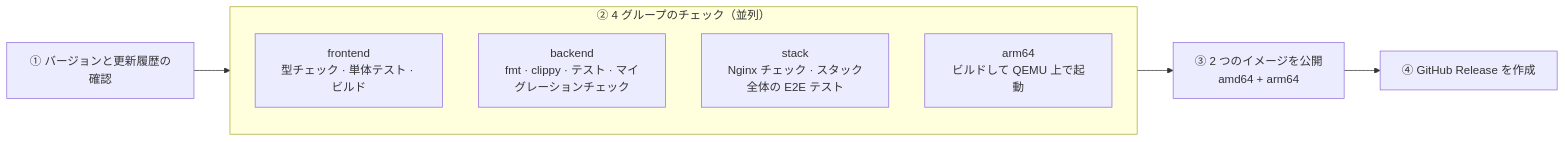
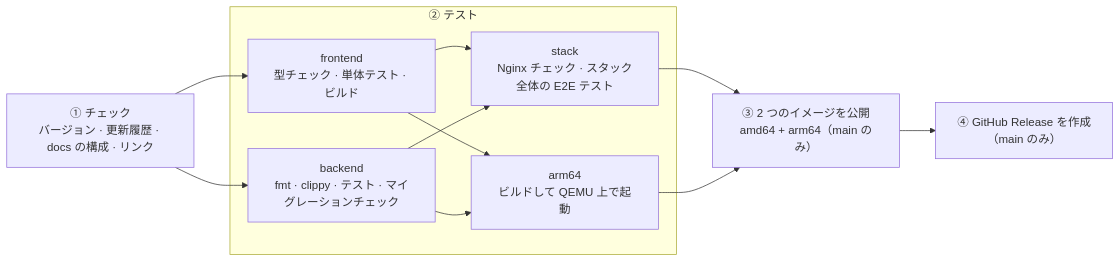
Before and after one commit to Yumin-Space/xexam: the seventh of 7 diagrams in README.ja.md, drawn with Mermaid. The commit also changed other lines of this file and 205 other files, not shown here.

````diff
--- a/README.ja.md
+++ b/README.ja.md
@@ -554,12 +806,19 @@
 ```mermaid
 flowchart LR
-    C["① バージョンと更新履歴の確認"] --> T
-    subgraph T["② 4 グループのチェック（並列）"]
+    C["① チェック<br/>バージョン · 更新履歴 · docs の構成 · リンク"]
+    subgraph T["② テスト"]
         F["frontend<br/>型チェック · 単体テスト · ビルド"]
         B["backend<br/>fmt · clippy · テスト · マイグレーションチェック"]
         S["stack<br/>Nginx チェック · スタック全体の E2E テスト"]
         A["arm64<br/>ビルドして QEMU 上で起動"]
+        F --> S
+        B --> S
+        F --> A
+        B --> A
     end
-    T --> P["③ 2 つのイメージを公開<br/>amd64 + arm64"]
-    P --> R["④ GitHub Release を作成"]
+    C --> F
+    C --> B
+    S --> P["③ 2 つのイメージを公開<br/>amd64 + arm64（main のみ）"]
+    A --> P
+    P --> R["④ GitHub Release を作成<br/>（main のみ）"]
 ```
````
